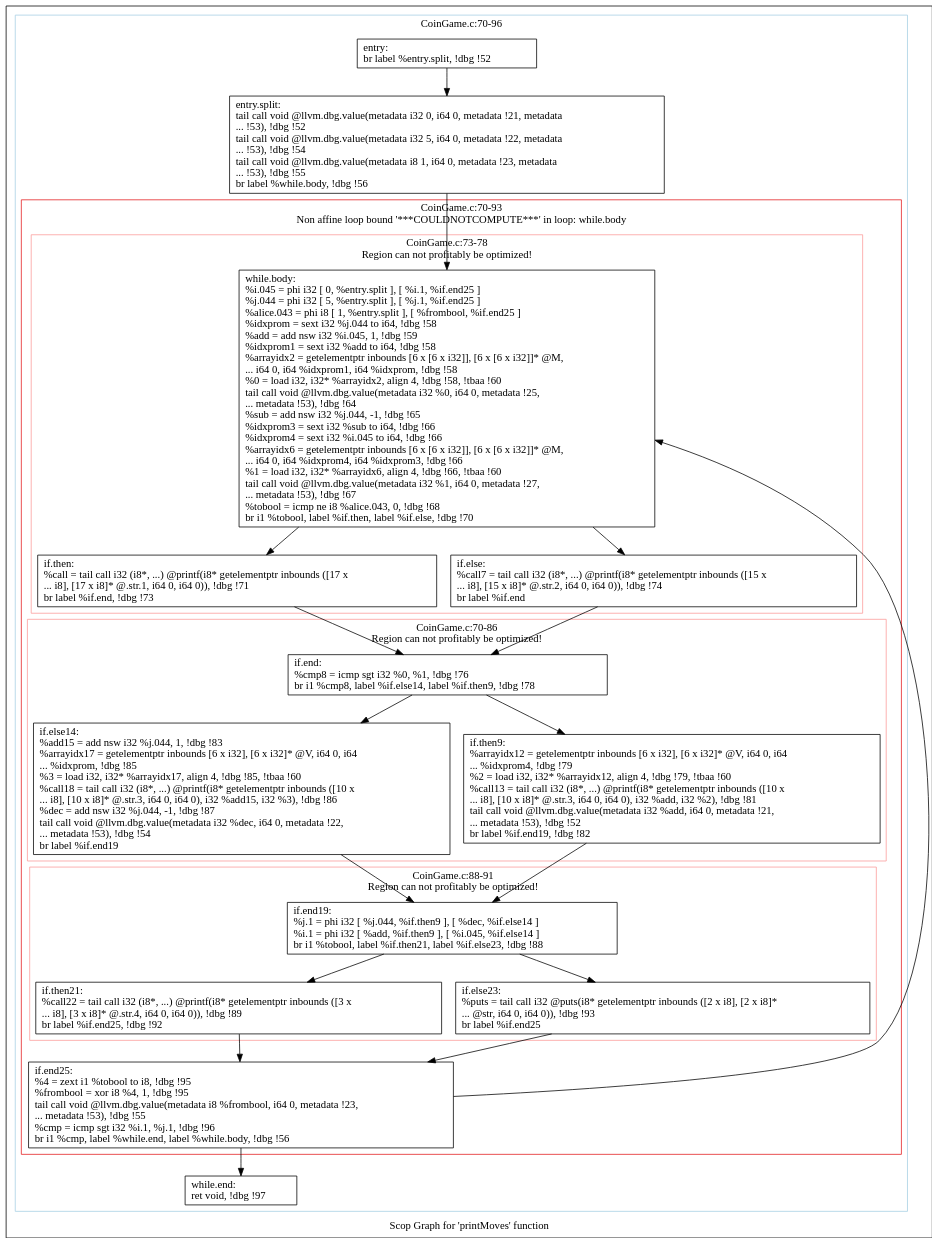
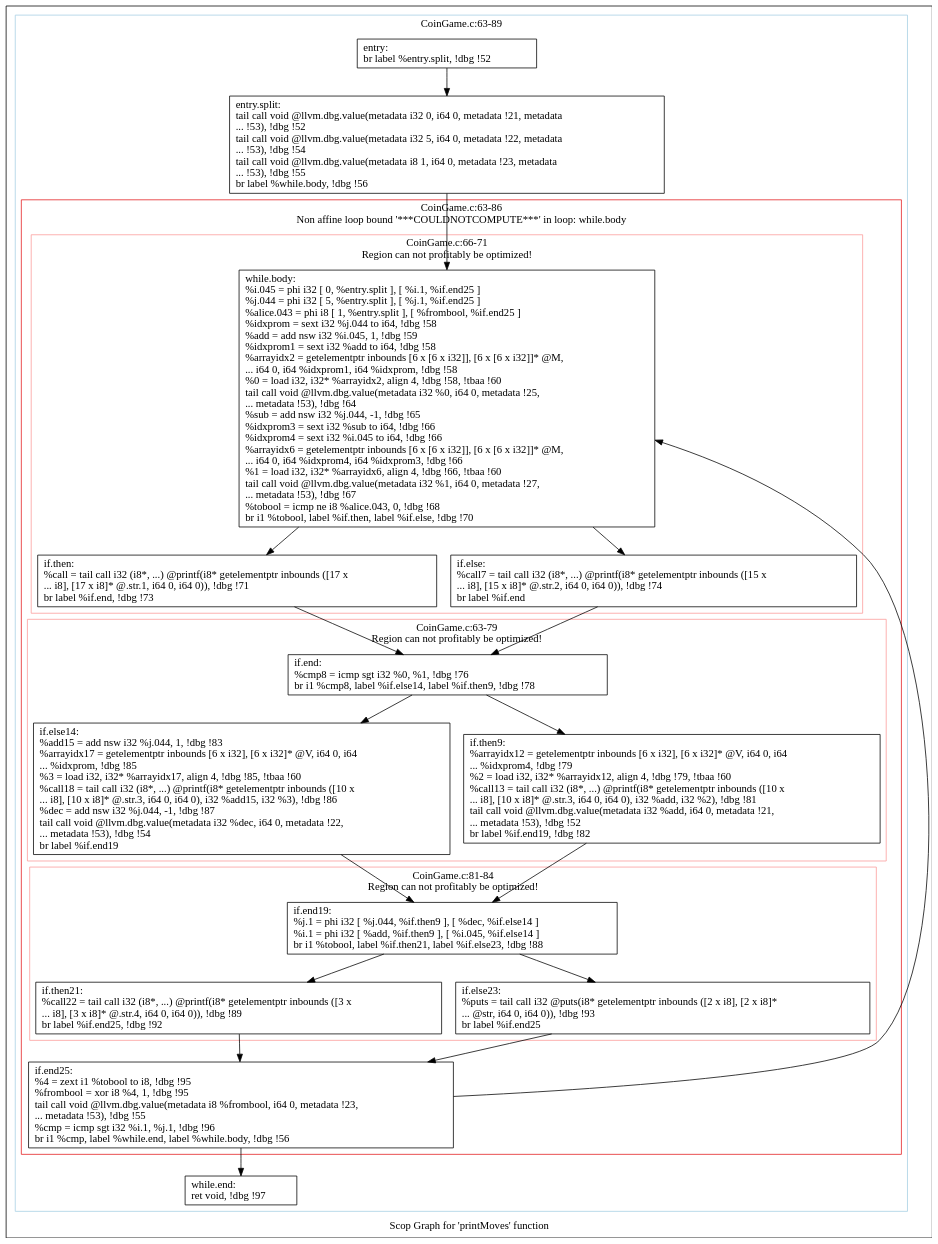
One commit to samminweng/WhileyOpenCL changed the diagram in polly/CoinGame/impl/handwritten/dot/scops.printMoves.dot. Above: the diagram before and after it, drawn with Graphviz. The commit also changed 24 other files, not shown here.

```diff
--- a/polly/CoinGame/impl/handwritten/dot/scops.printMoves.dot
+++ b/polly/CoinGame/impl/handwritten/dot/scops.printMoves.dot
@@ -1,77 +1,77 @@
 digraph "Scop Graph for 'printMoves' function" {
 	label="Scop Graph for 'printMoves' function";
 
-	Node0x94715f0 [shape=record,label="{entry:\l  br label %entry.split, !dbg !52\l}"];
-	Node0x94715f0 -> Node0x93cfc20;
-	Node0x93cfc20 [shape=record,label="{entry.split:                                      \l  tail call void @llvm.dbg.value(metadata i32 0, i64 0, metadata !21, metadata\l... !53), !dbg !52\l  tail call void @llvm.dbg.value(metadata i32 5, i64 0, metadata !22, metadata\l... !53), !dbg !54\l  tail call void @llvm.dbg.value(metadata i8 1, i64 0, metadata !23, metadata\l... !53), !dbg !55\l  br label %while.body, !dbg !56\l}"];
-	Node0x93cfc20 -> Node0x93cf430;
-	Node0x93cf430 [shape=record,label="{while.body:                                       \l  %i.045 = phi i32 [ 0, %entry.split ], [ %i.1, %if.end25 ]\l  %j.044 = phi i32 [ 5, %entry.split ], [ %j.1, %if.end25 ]\l  %alice.043 = phi i8 [ 1, %entry.split ], [ %frombool, %if.end25 ]\l  %idxprom = sext i32 %j.044 to i64, !dbg !58\l  %add = add nsw i32 %i.045, 1, !dbg !59\l  %idxprom1 = sext i32 %add to i64, !dbg !58\l  %arrayidx2 = getelementptr inbounds [6 x [6 x i32]], [6 x [6 x i32]]* @M,\l... i64 0, i64 %idxprom1, i64 %idxprom, !dbg !58\l  %0 = load i32, i32* %arrayidx2, align 4, !dbg !58, !tbaa !60\l  tail call void @llvm.dbg.value(metadata i32 %0, i64 0, metadata !25,\l... metadata !53), !dbg !64\l  %sub = add nsw i32 %j.044, -1, !dbg !65\l  %idxprom3 = sext i32 %sub to i64, !dbg !66\l  %idxprom4 = sext i32 %i.045 to i64, !dbg !66\l  %arrayidx6 = getelementptr inbounds [6 x [6 x i32]], [6 x [6 x i32]]* @M,\l... i64 0, i64 %idxprom4, i64 %idxprom3, !dbg !66\l  %1 = load i32, i32* %arrayidx6, align 4, !dbg !66, !tbaa !60\l  tail call void @llvm.dbg.value(metadata i32 %1, i64 0, metadata !27,\l... metadata !53), !dbg !67\l  %tobool = icmp ne i8 %alice.043, 0, !dbg !68\l  br i1 %tobool, label %if.then, label %if.else, !dbg !70\l}"];
-	Node0x93cf430 -> Node0x93c9db0;
-	Node0x93cf430 -> Node0x93c6700;
-	Node0x93c9db0 [shape=record,label="{if.then:                                          \l  %call = tail call i32 (i8*, ...) @printf(i8* getelementptr inbounds ([17 x\l... i8], [17 x i8]* @.str.1, i64 0, i64 0)), !dbg !71\l  br label %if.end, !dbg !73\l}"];
-	Node0x93c9db0 -> Node0x93c6720;
-	Node0x93c6720 [shape=record,label="{if.end:                                           \l  %cmp8 = icmp sgt i32 %0, %1, !dbg !76\l  br i1 %cmp8, label %if.else14, label %if.then9, !dbg !78\l}"];
-	Node0x93c6720 -> Node0x93cddf0;
-	Node0x93c6720 -> Node0x93cde10;
-	Node0x93cddf0 [shape=record,label="{if.else14:                                        \l  %add15 = add nsw i32 %j.044, 1, !dbg !83\l  %arrayidx17 = getelementptr inbounds [6 x i32], [6 x i32]* @V, i64 0, i64\l... %idxprom, !dbg !85\l  %3 = load i32, i32* %arrayidx17, align 4, !dbg !85, !tbaa !60\l  %call18 = tail call i32 (i8*, ...) @printf(i8* getelementptr inbounds ([10 x\l... i8], [10 x i8]* @.str.3, i64 0, i64 0), i32 %add15, i32 %3), !dbg !86\l  %dec = add nsw i32 %j.044, -1, !dbg !87\l  tail call void @llvm.dbg.value(metadata i32 %dec, i64 0, metadata !22,\l... metadata !53), !dbg !54\l  br label %if.end19\l}"];
-	Node0x93cddf0 -> Node0x948bcd0;
-	Node0x948bcd0 [shape=record,label="{if.end19:                                         \l  %j.1 = phi i32 [ %j.044, %if.then9 ], [ %dec, %if.else14 ]\l  %i.1 = phi i32 [ %add, %if.then9 ], [ %i.045, %if.else14 ]\l  br i1 %tobool, label %if.then21, label %if.else23, !dbg !88\l}"];
-	Node0x948bcd0 -> Node0x93d8910;
-	Node0x948bcd0 -> Node0x93c5c20;
-	Node0x93d8910 [shape=record,label="{if.then21:                                        \l  %call22 = tail call i32 (i8*, ...) @printf(i8* getelementptr inbounds ([3 x\l... i8], [3 x i8]* @.str.4, i64 0, i64 0)), !dbg !89\l  br label %if.end25, !dbg !92\l}"];
-	Node0x93d8910 -> Node0x93bf970;
-	Node0x93bf970 [shape=record,label="{if.end25:                                         \l  %4 = zext i1 %tobool to i8, !dbg !95\l  %frombool = xor i8 %4, 1, !dbg !95\l  tail call void @llvm.dbg.value(metadata i8 %frombool, i64 0, metadata !23,\l... metadata !53), !dbg !55\l  %cmp = icmp sgt i32 %i.1, %j.1, !dbg !96\l  br i1 %cmp, label %while.end, label %while.body, !dbg !56\l}"];
-	Node0x93bf970 -> Node0x93cb240;
-	Node0x93bf970 -> Node0x93cf430[constraint=false];
-	Node0x93cb240 [shape=record,label="{while.end:                                        \l  ret void, !dbg !97\l}"];
-	Node0x93c5c20 [shape=record,label="{if.else23:                                        \l  %puts = tail call i32 @puts(i8* getelementptr inbounds ([2 x i8], [2 x i8]*\l... @str, i64 0, i64 0)), !dbg !93\l  br label %if.end25\l}"];
-	Node0x93c5c20 -> Node0x93bf970;
-	Node0x93cde10 [shape=record,label="{if.then9:                                         \l  %arrayidx12 = getelementptr inbounds [6 x i32], [6 x i32]* @V, i64 0, i64\l... %idxprom4, !dbg !79\l  %2 = load i32, i32* %arrayidx12, align 4, !dbg !79, !tbaa !60\l  %call13 = tail call i32 (i8*, ...) @printf(i8* getelementptr inbounds ([10 x\l... i8], [10 x i8]* @.str.3, i64 0, i64 0), i32 %add, i32 %2), !dbg !81\l  tail call void @llvm.dbg.value(metadata i32 %add, i64 0, metadata !21,\l... metadata !53), !dbg !52\l  br label %if.end19, !dbg !82\l}"];
-	Node0x93cde10 -> Node0x948bcd0;
-	Node0x93c6700 [shape=record,label="{if.else:                                          \l  %call7 = tail call i32 (i8*, ...) @printf(i8* getelementptr inbounds ([15 x\l... i8], [15 x i8]* @.str.2, i64 0, i64 0)), !dbg !74\l  br label %if.end\l}"];
-	Node0x93c6700 -> Node0x93c6720;
+	Node0x917a340 [shape=record,label="{entry:\l  br label %entry.split, !dbg !52\l}"];
+	Node0x917a340 -> Node0x917c0f0;
+	Node0x917c0f0 [shape=record,label="{entry.split:                                      \l  tail call void @llvm.dbg.value(metadata i32 0, i64 0, metadata !21, metadata\l... !53), !dbg !52\l  tail call void @llvm.dbg.value(metadata i32 5, i64 0, metadata !22, metadata\l... !53), !dbg !54\l  tail call void @llvm.dbg.value(metadata i8 1, i64 0, metadata !23, metadata\l... !53), !dbg !55\l  br label %while.body, !dbg !56\l}"];
+	Node0x917c0f0 -> Node0x918f380;
+	Node0x918f380 [shape=record,label="{while.body:                                       \l  %i.045 = phi i32 [ 0, %entry.split ], [ %i.1, %if.end25 ]\l  %j.044 = phi i32 [ 5, %entry.split ], [ %j.1, %if.end25 ]\l  %alice.043 = phi i8 [ 1, %entry.split ], [ %frombool, %if.end25 ]\l  %idxprom = sext i32 %j.044 to i64, !dbg !58\l  %add = add nsw i32 %i.045, 1, !dbg !59\l  %idxprom1 = sext i32 %add to i64, !dbg !58\l  %arrayidx2 = getelementptr inbounds [6 x [6 x i32]], [6 x [6 x i32]]* @M,\l... i64 0, i64 %idxprom1, i64 %idxprom, !dbg !58\l  %0 = load i32, i32* %arrayidx2, align 4, !dbg !58, !tbaa !60\l  tail call void @llvm.dbg.value(metadata i32 %0, i64 0, metadata !25,\l... metadata !53), !dbg !64\l  %sub = add nsw i32 %j.044, -1, !dbg !65\l  %idxprom3 = sext i32 %sub to i64, !dbg !66\l  %idxprom4 = sext i32 %i.045 to i64, !dbg !66\l  %arrayidx6 = getelementptr inbounds [6 x [6 x i32]], [6 x [6 x i32]]* @M,\l... i64 0, i64 %idxprom4, i64 %idxprom3, !dbg !66\l  %1 = load i32, i32* %arrayidx6, align 4, !dbg !66, !tbaa !60\l  tail call void @llvm.dbg.value(metadata i32 %1, i64 0, metadata !27,\l... metadata !53), !dbg !67\l  %tobool = icmp ne i8 %alice.043, 0, !dbg !68\l  br i1 %tobool, label %if.then, label %if.else, !dbg !70\l}"];
+	Node0x918f380 -> Node0x9187dd0;
+	Node0x918f380 -> Node0x91a0ec0;
+	Node0x9187dd0 [shape=record,label="{if.then:                                          \l  %call = tail call i32 (i8*, ...) @printf(i8* getelementptr inbounds ([17 x\l... i8], [17 x i8]* @.str.1, i64 0, i64 0)), !dbg !71\l  br label %if.end, !dbg !73\l}"];
+	Node0x9187dd0 -> Node0x9184f90;
+	Node0x9184f90 [shape=record,label="{if.end:                                           \l  %cmp8 = icmp sgt i32 %0, %1, !dbg !76\l  br i1 %cmp8, label %if.else14, label %if.then9, !dbg !78\l}"];
+	Node0x9184f90 -> Node0x9238c00;
+	Node0x9184f90 -> Node0x917a2f0;
+	Node0x9238c00 [shape=record,label="{if.else14:                                        \l  %add15 = add nsw i32 %j.044, 1, !dbg !83\l  %arrayidx17 = getelementptr inbounds [6 x i32], [6 x i32]* @V, i64 0, i64\l... %idxprom, !dbg !85\l  %3 = load i32, i32* %arrayidx17, align 4, !dbg !85, !tbaa !60\l  %call18 = tail call i32 (i8*, ...) @printf(i8* getelementptr inbounds ([10 x\l... i8], [10 x i8]* @.str.3, i64 0, i64 0), i32 %add15, i32 %3), !dbg !86\l  %dec = add nsw i32 %j.044, -1, !dbg !87\l  tail call void @llvm.dbg.value(metadata i32 %dec, i64 0, metadata !22,\l... metadata !53), !dbg !54\l  br label %if.end19\l}"];
+	Node0x9238c00 -> Node0x91764b0;
+	Node0x91764b0 [shape=record,label="{if.end19:                                         \l  %j.1 = phi i32 [ %j.044, %if.then9 ], [ %dec, %if.else14 ]\l  %i.1 = phi i32 [ %add, %if.then9 ], [ %i.045, %if.else14 ]\l  br i1 %tobool, label %if.then21, label %if.else23, !dbg !88\l}"];
+	Node0x91764b0 -> Node0x923dde0;
+	Node0x91764b0 -> Node0x9179db0;
+	Node0x923dde0 [shape=record,label="{if.then21:                                        \l  %call22 = tail call i32 (i8*, ...) @printf(i8* getelementptr inbounds ([3 x\l... i8], [3 x i8]* @.str.4, i64 0, i64 0)), !dbg !89\l  br label %if.end25, !dbg !92\l}"];
+	Node0x923dde0 -> Node0x91a0490;
+	Node0x91a0490 [shape=record,label="{if.end25:                                         \l  %4 = zext i1 %tobool to i8, !dbg !95\l  %frombool = xor i8 %4, 1, !dbg !95\l  tail call void @llvm.dbg.value(metadata i8 %frombool, i64 0, metadata !23,\l... metadata !53), !dbg !55\l  %cmp = icmp sgt i32 %i.1, %j.1, !dbg !96\l  br i1 %cmp, label %while.end, label %while.body, !dbg !56\l}"];
+	Node0x91a0490 -> Node0x91a04f0;
+	Node0x91a0490 -> Node0x918f380[constraint=false];
+	Node0x91a04f0 [shape=record,label="{while.end:                                        \l  ret void, !dbg !97\l}"];
+	Node0x9179db0 [shape=record,label="{if.else23:                                        \l  %puts = tail call i32 @puts(i8* getelementptr inbounds ([2 x i8], [2 x i8]*\l... @str, i64 0, i64 0)), !dbg !93\l  br label %if.end25\l}"];
+	Node0x9179db0 -> Node0x91a0490;
+	Node0x917a2f0 [shape=record,label="{if.then9:                                         \l  %arrayidx12 = getelementptr inbounds [6 x i32], [6 x i32]* @V, i64 0, i64\l... %idxprom4, !dbg !79\l  %2 = load i32, i32* %arrayidx12, align 4, !dbg !79, !tbaa !60\l  %call13 = tail call i32 (i8*, ...) @printf(i8* getelementptr inbounds ([10 x\l... i8], [10 x i8]* @.str.3, i64 0, i64 0), i32 %add, i32 %2), !dbg !81\l  tail call void @llvm.dbg.value(metadata i32 %add, i64 0, metadata !21,\l... metadata !53), !dbg !52\l  br label %if.end19, !dbg !82\l}"];
+	Node0x917a2f0 -> Node0x91764b0;
+	Node0x91a0ec0 [shape=record,label="{if.else:                                          \l  %call7 = tail call i32 (i8*, ...) @printf(i8* getelementptr inbounds ([15 x\l... i8], [15 x i8]* @.str.2, i64 0, i64 0)), !dbg !74\l  br label %if.end\l}"];
+	Node0x91a0ec0 -> Node0x9184f90;
 	colorscheme = "paired12"
-        subgraph cluster_0x93be7a0 {
-          label = "CoinGame.c:70-96
+        subgraph cluster_0x9183300 {
+          label = "CoinGame.c:63-89
 ";
           style = solid;
           color = 1
-          subgraph cluster_0x93c4fe0 {
-            label = "CoinGame.c:70-93
+          subgraph cluster_0x918f110 {
+            label = "CoinGame.c:63-86
 Non affine loop bound '***COULDNOTCOMPUTE***' in loop: while.body";
             style = solid;
             color = 6
-            subgraph cluster_0x948f740 {
-              label = "CoinGame.c:73-78
+            subgraph cluster_0x9182120 {
+              label = "CoinGame.c:66-71
 Region can not profitably be optimized!";
               style = solid;
               color = 5
-              Node0x93cf430;
-              Node0x93c9db0;
-              Node0x93c6700;
+              Node0x918f380;
+              Node0x9187dd0;
+              Node0x91a0ec0;
             }
-            subgraph cluster_0x948bc50 {
-              label = "CoinGame.c:70-86
+            subgraph cluster_0x9180180 {
+              label = "CoinGame.c:63-79
 Region can not profitably be optimized!";
               style = solid;
               color = 5
-              Node0x93c6720;
-              Node0x93cddf0;
-              Node0x93cde10;
+              Node0x9184f90;
+              Node0x9238c00;
+              Node0x917a2f0;
             }
-            subgraph cluster_0x93b9f60 {
-              label = "CoinGame.c:88-91
+            subgraph cluster_0x917a930 {
+              label = "CoinGame.c:81-84
 Region can not profitably be optimized!";
               style = solid;
               color = 5
-              Node0x948bcd0;
-              Node0x93d8910;
-              Node0x93c5c20;
+              Node0x91764b0;
+              Node0x923dde0;
+              Node0x9179db0;
             }
-            Node0x93bf970;
+            Node0x91a0490;
           }
-          Node0x94715f0;
-          Node0x93cfc20;
-          Node0x93cb240;
+          Node0x917a340;
+          Node0x917c0f0;
+          Node0x91a04f0;
         }
 }
```
